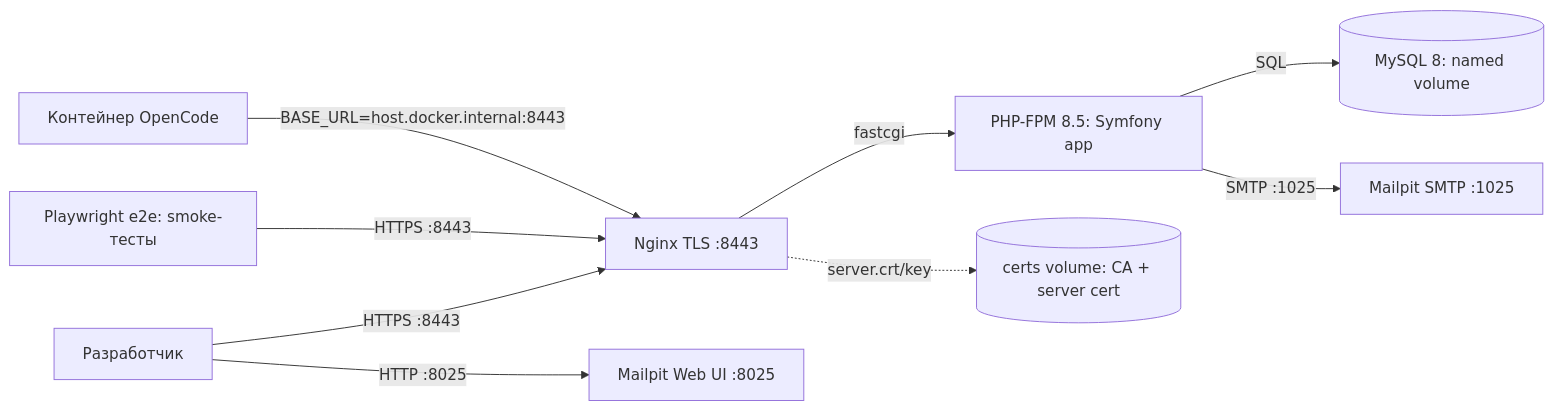
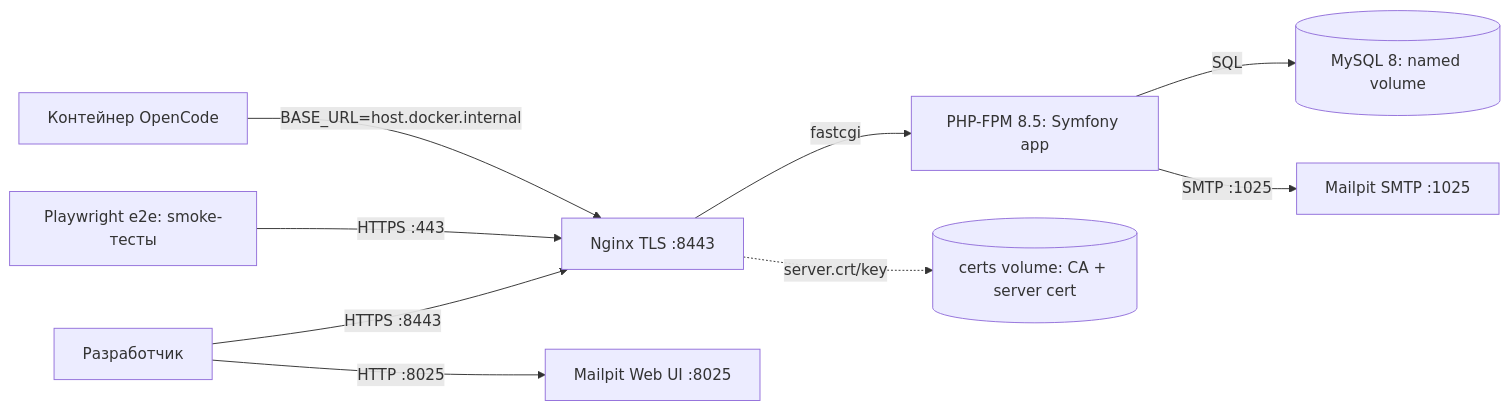
Before and after one commit to AliakseiBurak/crm-b2b-call: the diagram in openspec/changes/initial-docker-setup/design.md, drawn with Mermaid. The commit also changed other lines of this file, not shown here.

Commit message:
spec: fix remaining b2b-crm.loc/8443 mentions in design.md (diagram, risks, migration plan)

````diff
--- a/openspec/changes/initial-docker-setup/design.md
+++ b/openspec/changes/initial-docker-setup/design.md
@@ -173,11 +173,11 @@
 ```mermaid
 flowchart LR
     Dev[Разработчик] -->|HTTPS :8443| Nginx[Nginx TLS :8443]
     Nginx -->|fastcgi| Php[PHP-FPM 8.5: Symfony app]
     Php -->|SQL| MySQL[(MySQL 8: named volume)]
     Php -->|SMTP :1025| Mailpit[Mailpit SMTP :1025]
     Dev -->|HTTP :8025| MailpitUI[Mailpit Web UI :8025]
     Nginx -.->|server.crt/key| Certs[(certs volume: CA + server cert)]
-    E2e[Playwright e2e: smoke-тесты] -->|HTTPS :8443| Nginx
-    OC[Контейнер OpenCode] -->|BASE_URL=host.docker.internal:8443| Nginx
+    E2e[Playwright e2e: smoke-тесты] -->|HTTPS :443| Nginx
+    OC[Контейнер OpenCode] -->|BASE_URL=host.docker.internal| Nginx
 ```
````
